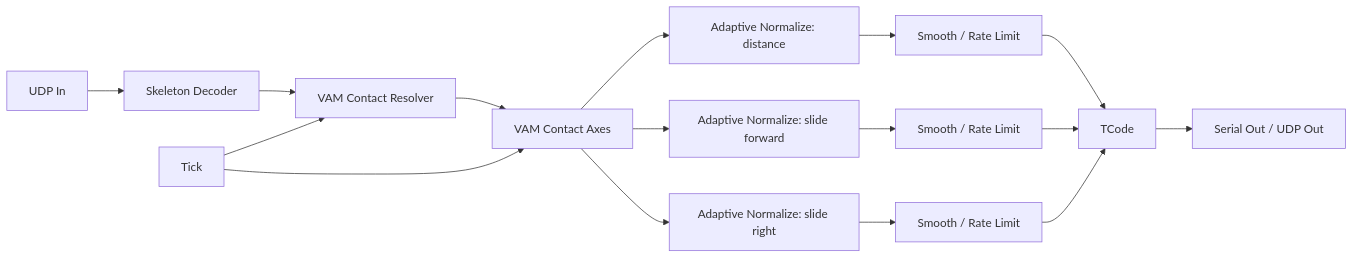
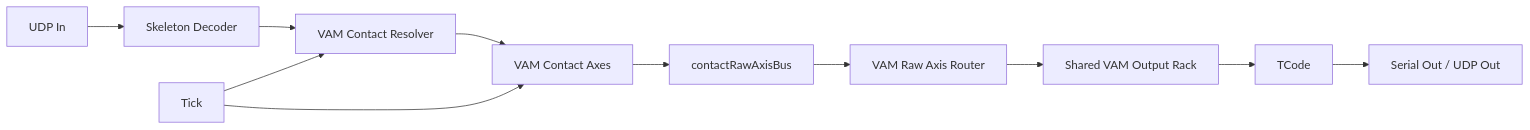
The first of 3 diagrams in docs/scenarios/vam-female-female-motion.md (FrogThe2nd/f8studio), drawn with Mermaid before and after one commit. The commit also changed other lines of this file and 3 other files, not shown here.

Commit message:
Unify VAM branch output rack docs

````diff
--- a/docs/scenarios/vam-female-female-motion.md
+++ b/docs/scenarios/vam-female-female-motion.md
@@ -51,18 +51,13 @@
 ```mermaid
 flowchart LR
     UDP["UDP In"] --> Dec["Skeleton Decoder"]
     Tick["Tick"] --> Resolver["VAM Contact Resolver"]
     Dec --> Resolver
     Resolver --> Axes["VAM Contact Axes"]
     Tick --> Axes
-    Axes --> Norm0["Adaptive Normalize: distance"]
-    Axes --> Norm1["Adaptive Normalize: slide forward"]
-    Axes --> Norm2["Adaptive Normalize: slide right"]
-    Norm0 --> Shape0["Smooth / Rate Limit"]
-    Norm1 --> Shape1["Smooth / Rate Limit"]
-    Norm2 --> Shape2["Smooth / Rate Limit"]
-    Shape0 --> TCode["TCode"]
-    Shape1 --> TCode
-    Shape2 --> TCode
+    Axes --> Bus["contactRawAxisBus"]
+    Bus --> Router["VAM Raw Axis Router"]
+    Router --> Rack["Shared VAM Output Rack"]
+    Rack --> TCode["TCode"]
     TCode --> Out["Serial Out / UDP Out"]
 ```
````
